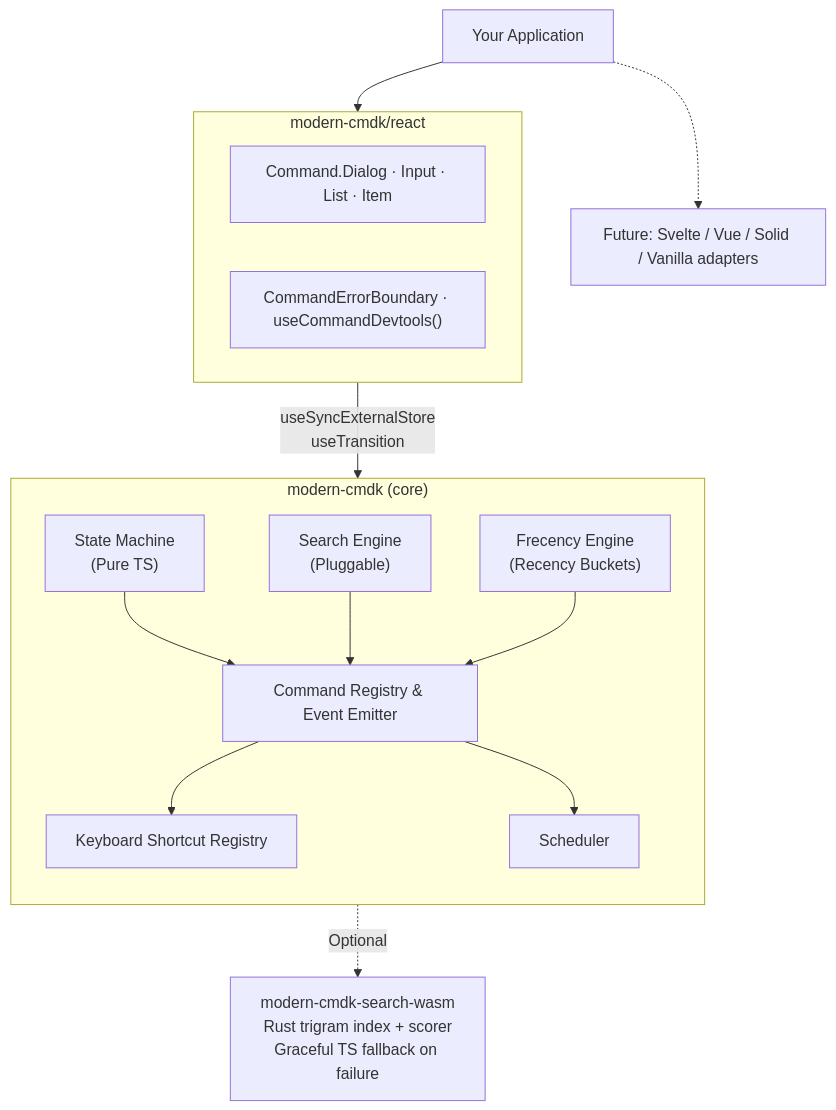
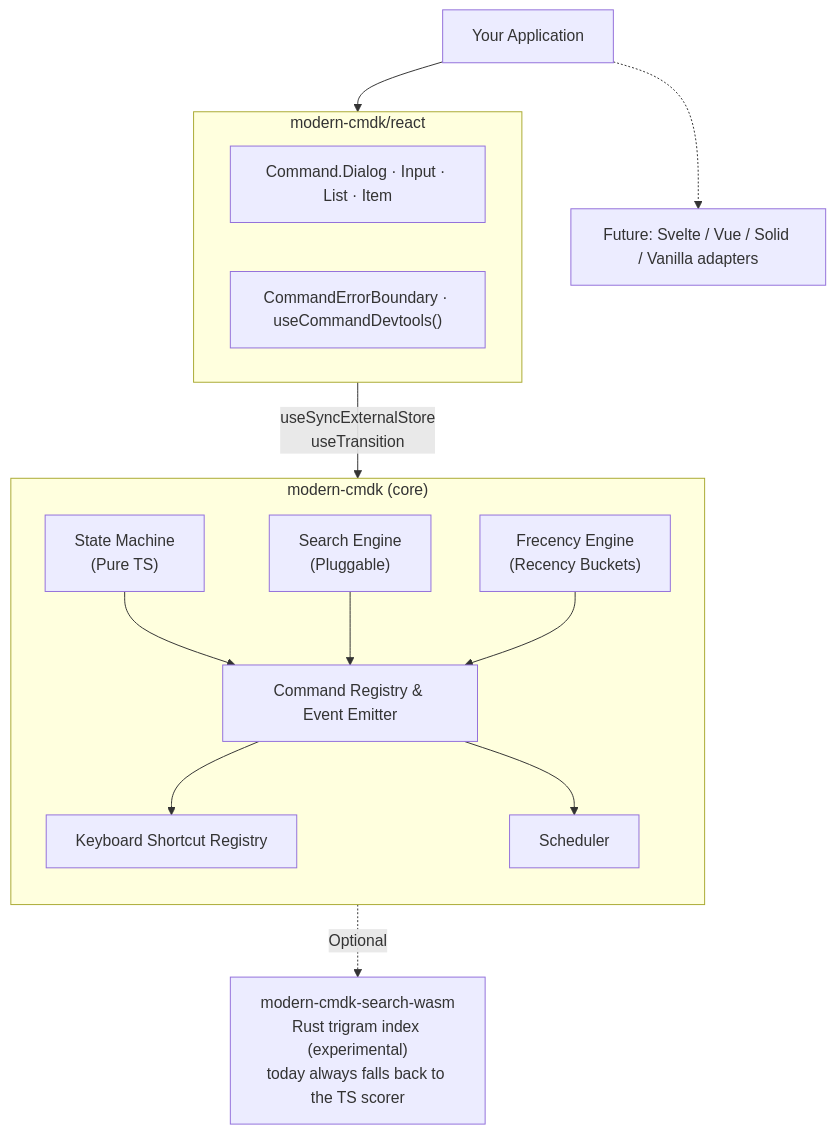
Before and after one commit to ABCrimson/modern-cmdk: the diagram in README.md, drawn with Mermaid. The commit also changed other lines of this file and 1 other file, not shown here.

````diff
--- a/README.md
+++ b/README.md
@@ -162,34 +162,34 @@
 ```mermaid
 flowchart TB
     App["Your Application"]
 
     subgraph react ["modern-cmdk/react"]
         direction LR
         C1["Command.Dialog · Input · List · Item"]
         C2["CommandErrorBoundary · useCommandDevtools()"]
     end
 
     Future["Future: Svelte / Vue / Solid / Vanilla adapters"]
 
     subgraph core ["modern-cmdk (core)"]
         direction TB
         SM["State Machine<br/>(Pure TS)"]
         SE["Search Engine<br/>(Pluggable)"]
         FE["Frecency Engine<br/>(Recency Buckets)"]
         REG["Command Registry & Event Emitter"]
         KB["Keyboard Shortcut Registry"]
         SCH["Scheduler"]
         SM --> REG
         SE --> REG
         FE --> REG
         REG --> KB
         REG --> SCH
     end
 
-    WASM["modern-cmdk-search-wasm<br/>Rust trigram index + scorer<br/>Graceful TS fallback on failure"]
+    WASM["modern-cmdk-search-wasm<br/>Rust trigram index (experimental)<br/>today always falls back to the TS scorer"]
 
     App --> react
     App -.-> Future
     react -->|"useSyncExternalStore<br/>useTransition"| core
     core -.->|"Optional"| WASM
 ```
````
